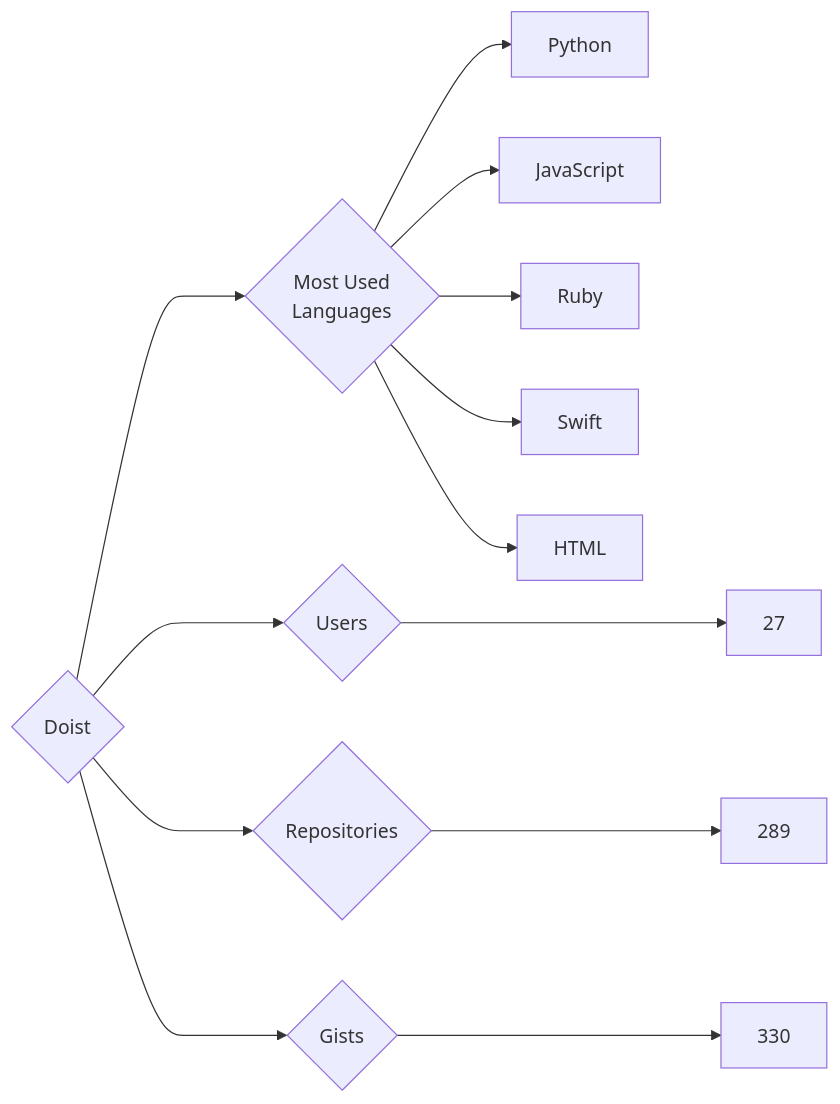
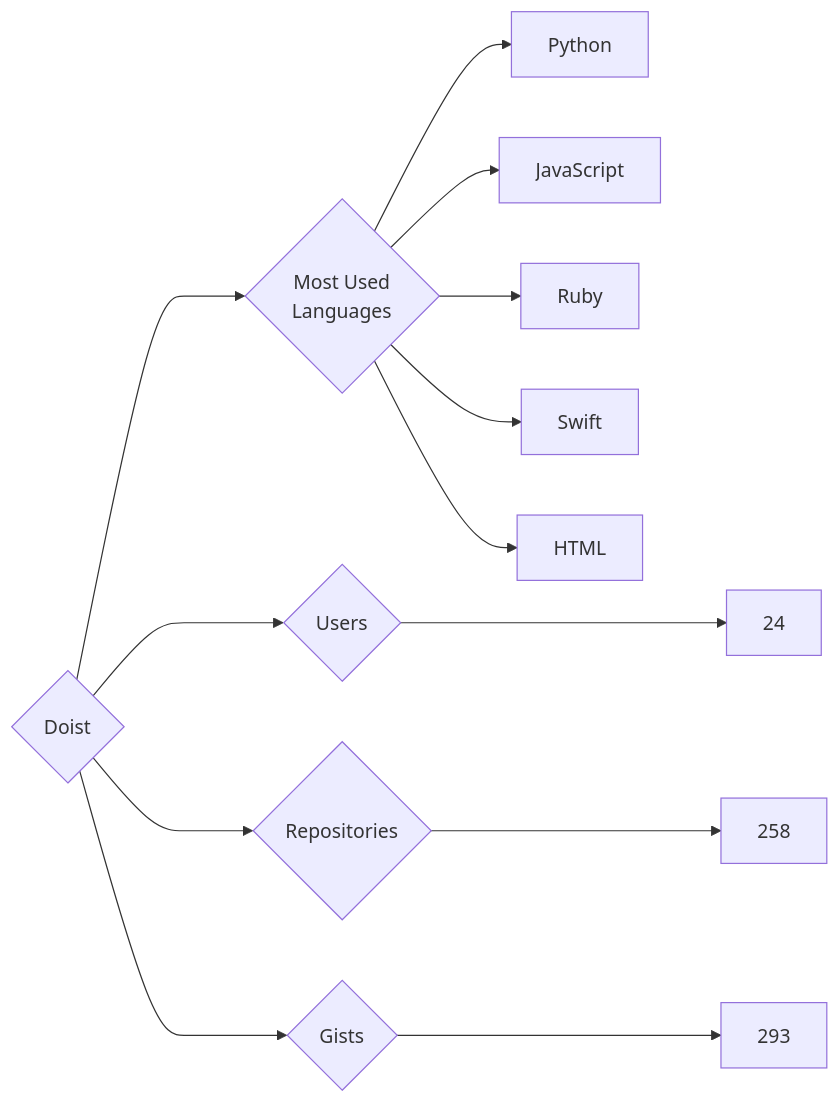
The diagram in targets/Doist/README.md (trickest/insiders), drawn with Mermaid before and after one commit. The commit also changed 773 other files, not shown here.

````diff
--- a/targets/Doist/README.md
+++ b/targets/Doist/README.md
@@ -3,13 +3,13 @@
 ```mermaid
 graph LR
 COMPANY_NAME{Doist}
-COMPANY_NAME ---> U{Users} ---> UN[27]
-COMPANY_NAME ---> R{Repositories} ---> RN[289]
-COMPANY_NAME ---> G{Gists} ---> GN[330]
+COMPANY_NAME ---> U{Users} ---> UN[24]
+COMPANY_NAME ---> R{Repositories} ---> RN[258]
+COMPANY_NAME ---> G{Gists} ---> GN[293]
 COMPANY_NAME ---> ML{Most Used<br>Languages}
 ML --> Python[Python]
 ML --> JavaScript[JavaScript]
 ML --> Ruby[Ruby]
 ML --> Swift[Swift]
 ML --> HTML[HTML]
 ```
````
